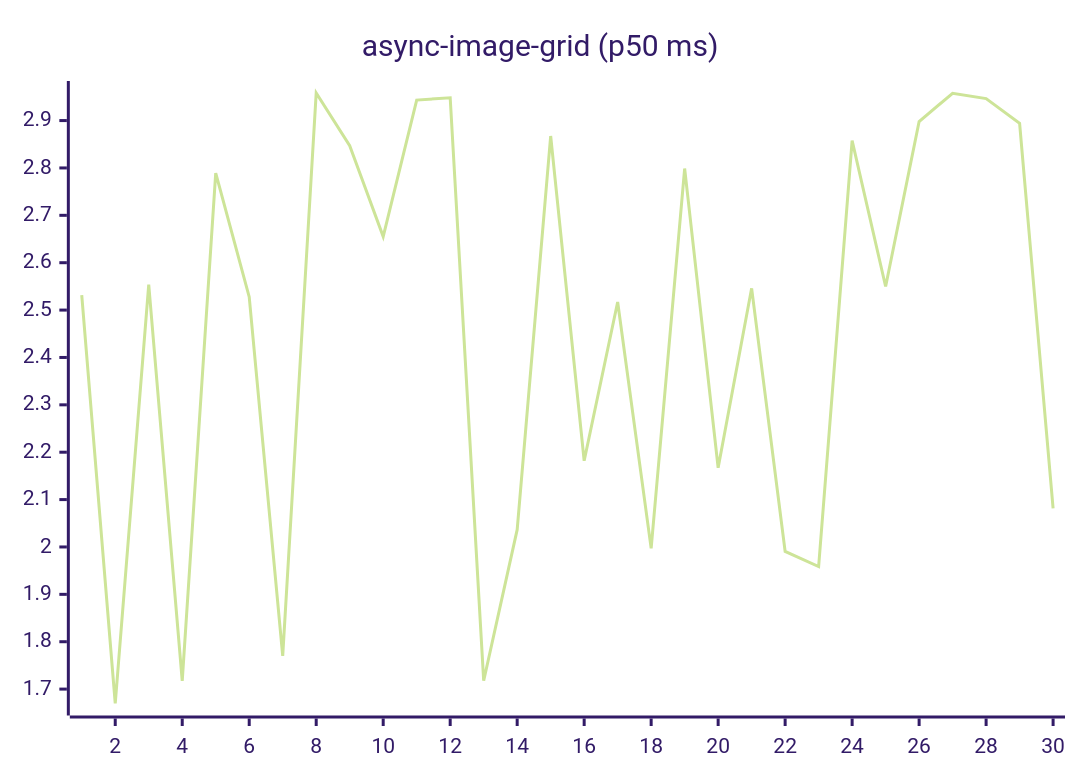
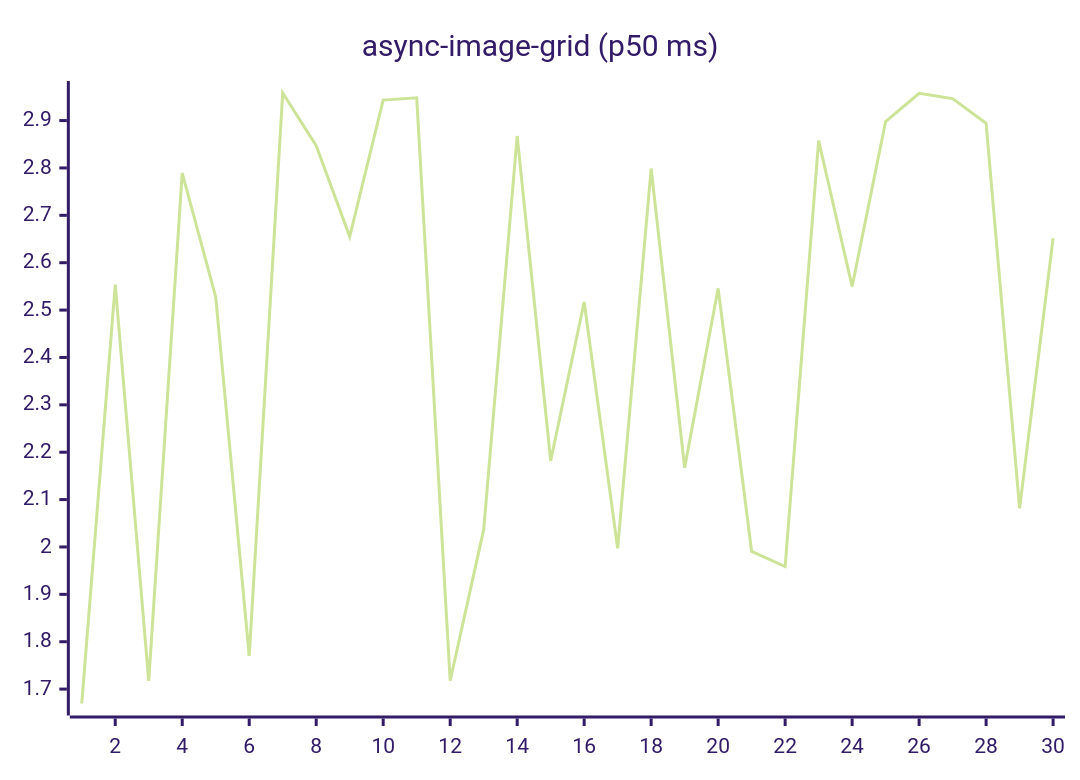
One commit to josha/Facet changed the fifth of 27 diagrams in README.md. Above: the diagram before and after it, drawn with Mermaid (forest theme). The commit also changed other lines of this file and 2 other files, not shown here.

````diff
--- a/README.md
+++ b/README.md
@@ -91,6 +91,6 @@
 ```mermaid
 xychart-beta
     title "async-image-grid (p50 ms)"
     x-axis 1 --> 30
-    line [2.5316, 1.6696, 2.5539, 1.7175, 2.7892, 2.5277, 1.7701, 2.9582, 2.8471, 2.6552, 2.9433, 2.9481, 1.7177, 2.0365, 2.8674, 2.1819, 2.5171, 1.9970, 2.7988, 2.1671, 2.5459, 1.9906, 1.9586, 2.8577, 2.5497, 2.8980, 2.9576, 2.9463, 2.8940, 2.0815]
+    line [1.6696, 2.5539, 1.7175, 2.7892, 2.5277, 1.7701, 2.9582, 2.8471, 2.6552, 2.9433, 2.9481, 1.7177, 2.0365, 2.8674, 2.1819, 2.5171, 1.9970, 2.7988, 2.1671, 2.5459, 1.9906, 1.9586, 2.8577, 2.5497, 2.8980, 2.9576, 2.9463, 2.8940, 2.0815, 2.6515]
 ```
````
